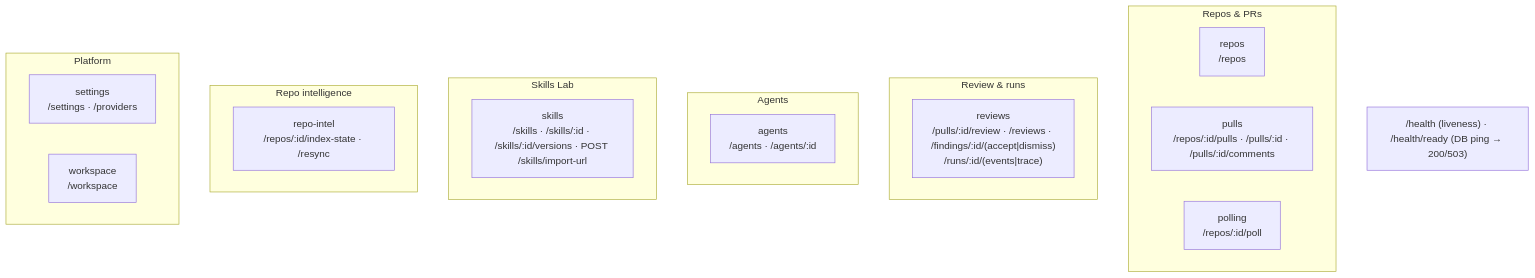
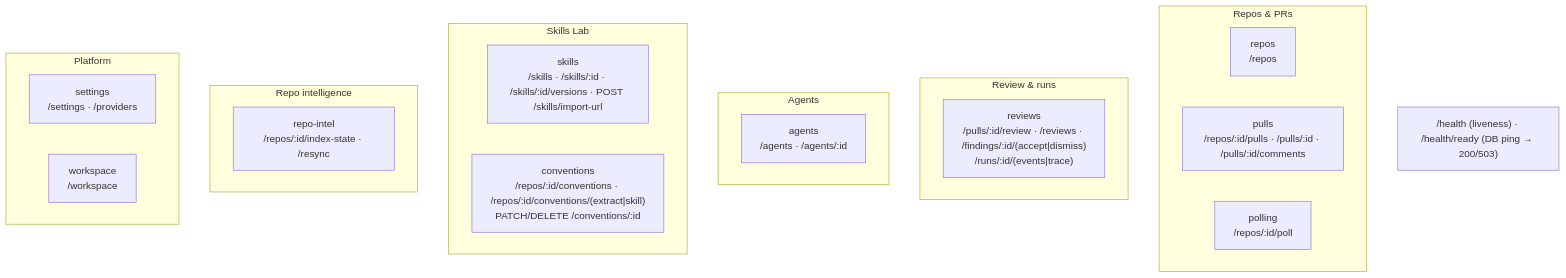
One commit to neronasee/dev-digest changed the second of 2 diagrams in server/README.md. Above: the diagram before and after it, drawn with Mermaid. The commit also changed 4 other files, not shown here.

````diff
--- a/server/README.md
+++ b/server/README.md
@@ -64,25 +64,26 @@
 ```mermaid
 flowchart TB
   subgraph Repos_PRs["Repos & PRs"]
     repos["repos<br/>/repos"]
     pulls["pulls<br/>/repos/:id/pulls · /pulls/:id · /pulls/:id/comments"]
     polling["polling<br/>/repos/:id/poll"]
   end
   subgraph Review["Review & runs"]
     reviews["reviews<br/>/pulls/:id/review · /reviews · /findings/:id/(accept|dismiss)<br/>/runs/:id/(events|trace)"]
   end
   subgraph Agents["Agents"]
     agents["agents<br/>/agents · /agents/:id"]
   end
   subgraph SkillsLab["Skills Lab"]
     skills["skills<br/>/skills · /skills/:id · /skills/:id/versions · POST /skills/import-url"]
+    conventions["conventions<br/>/repos/:id/conventions · /repos/:id/conventions/(extract|skill)<br/>PATCH/DELETE /conventions/:id"]
   end
   subgraph Intel["Repo intelligence"]
     repoIntel["repo-intel<br/>/repos/:id/index-state · /resync"]
   end
   subgraph Platform["Platform"]
     settings["settings<br/>/settings · /providers"]
     workspace["workspace<br/>/workspace"]
   end
   HEALTH["/health (liveness) · /health/ready (DB ping → 200/503)"]
 ```
````
